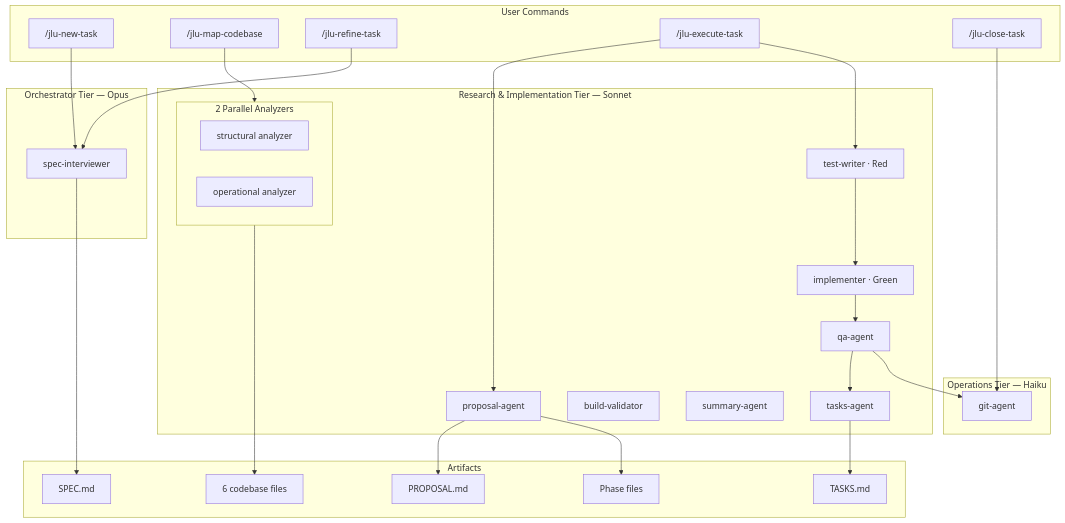
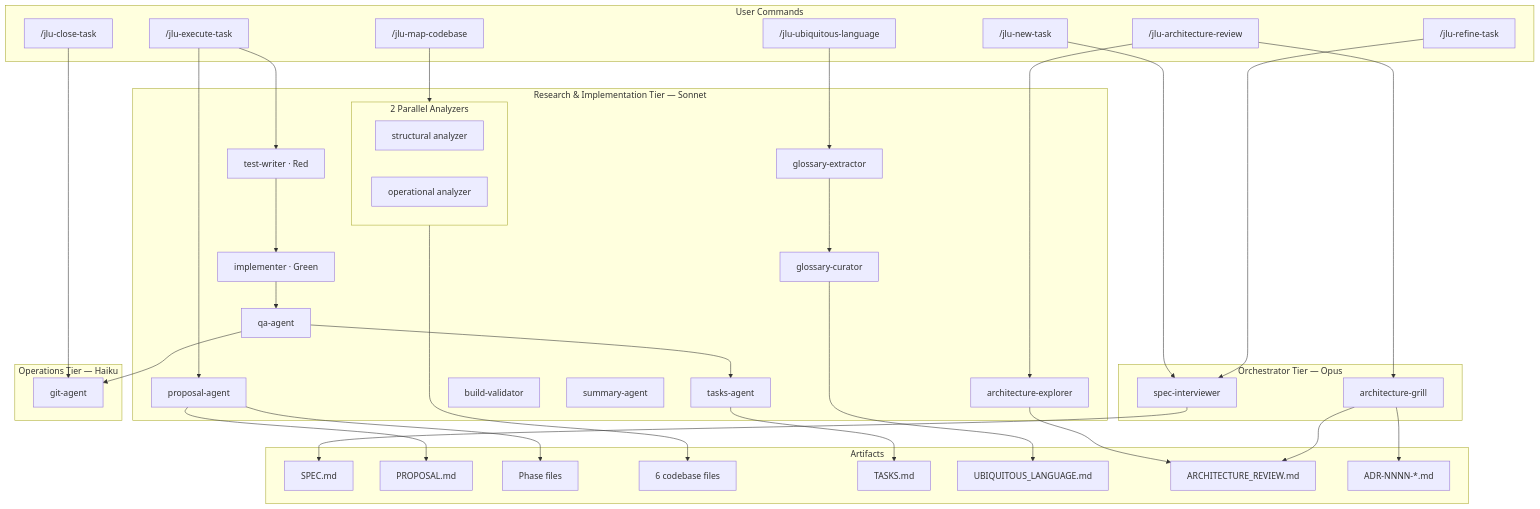
One commit to cristian-pisco/jelou-spec-plugin changed the second of 2 diagrams in README.md. Above: the diagram before and after it, drawn with Mermaid. The commit also changed other lines of this file and 4 other files, not shown here.

First line of the commit message:
docs(readme): expand architecture-review coverage

````diff
--- a/README.md
+++ b/README.md
@@ -308,49 +337,61 @@
 ```mermaid
 flowchart TB
     subgraph commands["User Commands"]
         new["/jlu-new-task"]
         map["/jlu-map-codebase"]
         refine["/jlu-refine-task"]
         exec["/jlu-execute-task"]
         close["/jlu-close-task"]
+        ubiq["/jlu-ubiquitous-language"]
+        arch["/jlu-architecture-review"]
     end
 
     subgraph opus["Orchestrator Tier — Opus"]
         spec_int["spec-interviewer"]
+        grill["architecture-grill"]
     end
 
     subgraph sonnet["Research & Implementation Tier — Sonnet"]
         subgraph researchers["2 Parallel Analyzers"]
             structural["structural analyzer"]
             operational["operational analyzer"]
         end
         proposal["proposal-agent"]
         tw["test-writer · Red"]
         impl["implementer · Green"]
         qa["qa-agent"]
         tasks_ag["tasks-agent"]
         build["build-validator"]
         summary["summary-agent"]
+        gloss_x["glossary-extractor"]
+        gloss_c["glossary-curator"]
+        arch_x["architecture-explorer"]
     end
 
     subgraph haiku["Operations Tier — Haiku"]
         git["git-agent"]
     end
 
     subgraph artifacts["Artifacts"]
         spec_file["SPEC.md"]
         prop_file["PROPOSAL.md"]
         phase_files["Phase files"]
         codebase["6 codebase files"]
         tasks_file["TASKS.md"]
+        gloss_file["UBIQUITOUS_LANGUAGE.md"]
+        review_file["ARCHITECTURE_REVIEW.md"]
+        adr_file["ADR-NNNN-*.md"]
     end
 
     map --> researchers --> codebase
     new --> spec_int --> spec_file
     refine --> spec_int
     exec --> proposal --> prop_file & phase_files
     exec --> tw --> impl --> qa
     qa --> tasks_ag --> tasks_file
     qa --> git
     close --> git
+    ubiq --> gloss_x --> gloss_c --> gloss_file
+    arch --> arch_x --> review_file
+    arch --> grill --> review_file & adr_file
 ```
````
